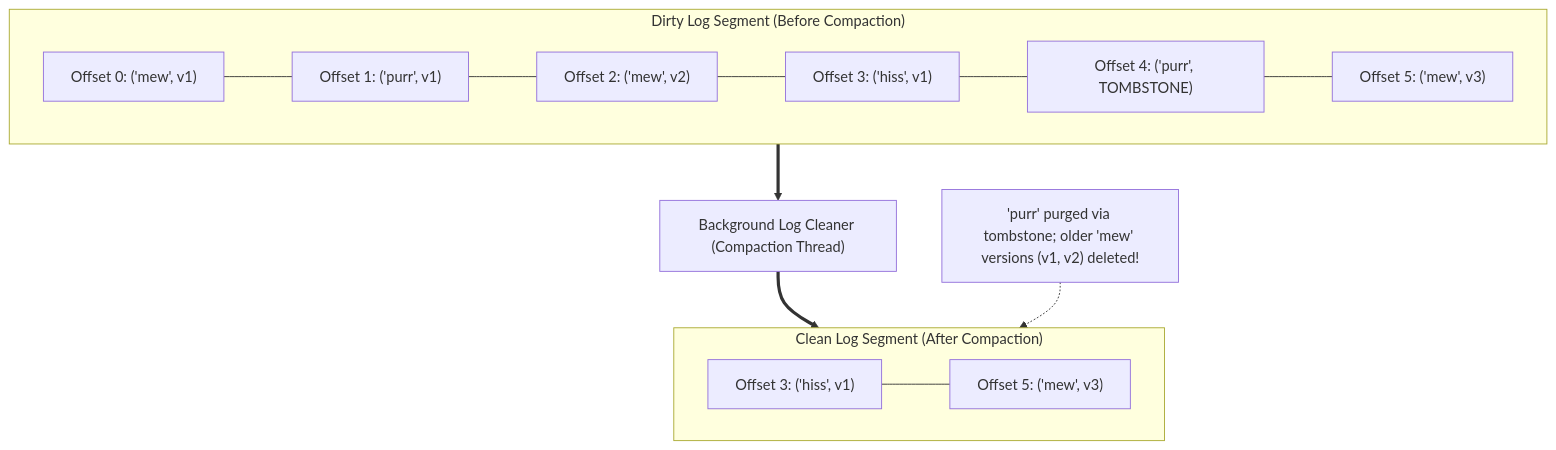
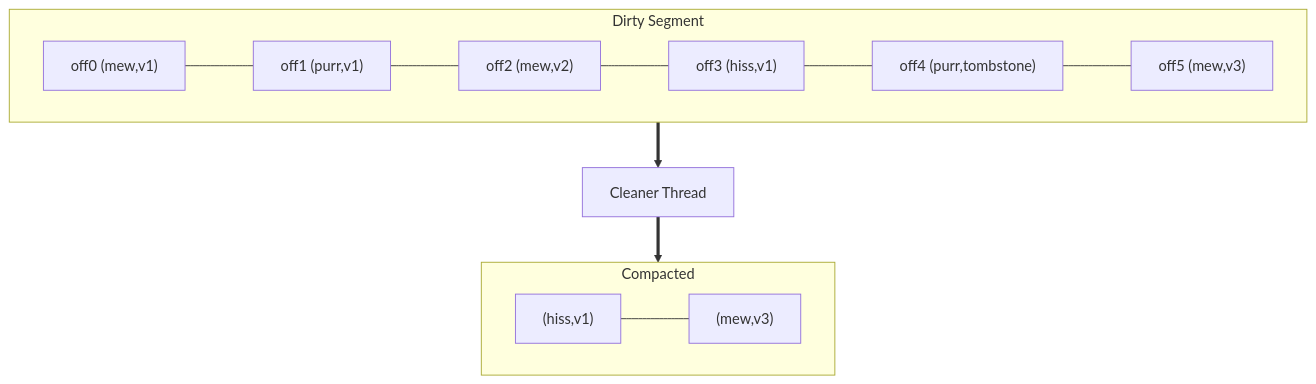
One commit to 1mimhe/books-summery changed the sixth of 8 diagrams in 01 Designing Data-Intensive Applications/chapter-12-stream-processing.md. Above: the diagram before and after it, drawn with Mermaid. The commit also changed other lines of this file and 3 other files, not shown here.

````diff
--- a/01 Designing Data-Intensive Applications/chapter-12-stream-processing.md
+++ b/01 Designing Data-Intensive Applications/chapter-12-stream-processing.md
@@ -301,27 +266,22 @@
 ```mermaid
 flowchart TD
-  subgraph UNCOMPACTED["Dirty Log Segment (Before Compaction)"]
+  subgraph DIRTY["Dirty Segment"]
     direction LR
-    U1["Offset 0: ('mew', v1)"]
-    U2["Offset 1: ('purr', v1)"]
-    U3["Offset 2: ('mew', v2)"]
-    U4["Offset 3: ('hiss', v1)"]
-    U5["Offset 4: ('purr', TOMBSTONE)"]
-    U6["Offset 5: ('mew', v3)"]
+    U1["off0 (mew,v1)"]
+    U2["off1 (purr,v1)"]
+    U3["off2 (mew,v2)"]
+    U4["off3 (hiss,v1)"]
+    U5["off4 (purr,tombstone)"]
+    U6["off5 (mew,v3)"]
     U1 --- U2 --- U3 --- U4 --- U5 --- U6
   end
-
-  COMPACTOR["Background Log Cleaner (Compaction Thread)"]
-
-  subgraph COMPACTED["Clean Log Segment (After Compaction)"]
+  CL["Cleaner Thread"]
+  subgraph CLEAN["Compacted"]
     direction LR
-    C1["Offset 3: ('hiss', v1)"]
-    C2["Offset 5: ('mew', v3)"]
+    C1["(hiss,v1)"]
+    C2["(mew,v3)"]
     C1 --- C2
   end
-
-  UNCOMPACTED ==> COMPACTOR
-  COMPACTOR ==> COMPACTED
-
-  NOTE["'purr' purged via tombstone; older 'mew' versions (v1, v2) deleted!"] -.-> COMPACTED
+  DIRTY ==> CL
+  CL ==> CLEAN
 ```
````
